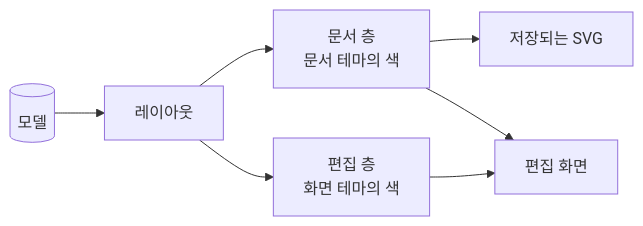
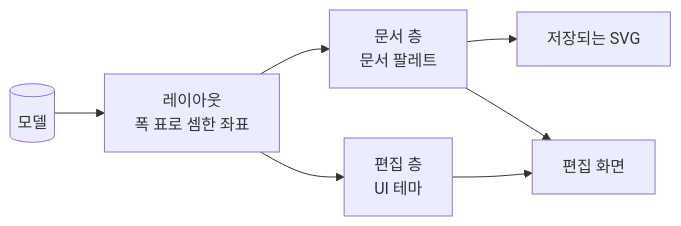
One commit to reddiana/AriadneNSD changed the diagram in docs/02-ux-design/03-visual-design.md. Above: the diagram before and after it, drawn with Mermaid. The commit also changed other lines of this file and 7 other files, not shown here.

````diff
--- a/docs/02-ux-design/03-visual-design.md
+++ b/docs/02-ux-design/03-visual-design.md
@@ -70,9 +102,9 @@
 ```mermaid
 flowchart LR
-  M[(모델)] --> L[레이아웃]
-  L --> D["문서 층<br/>문서 테마의 색"]
-  L --> E["편집 층<br/>화면 테마의 색"]
+  M[(모델)] --> L[레이아웃<br/>폭 표로 셈한 좌표]
+  L --> D["문서 층<br/>문서 팔레트"]
+  L --> E["편집 층<br/>UI 테마"]
   D --> S[저장되는 SVG]
   D --> V[편집 화면]
   E --> V
 ```
````
